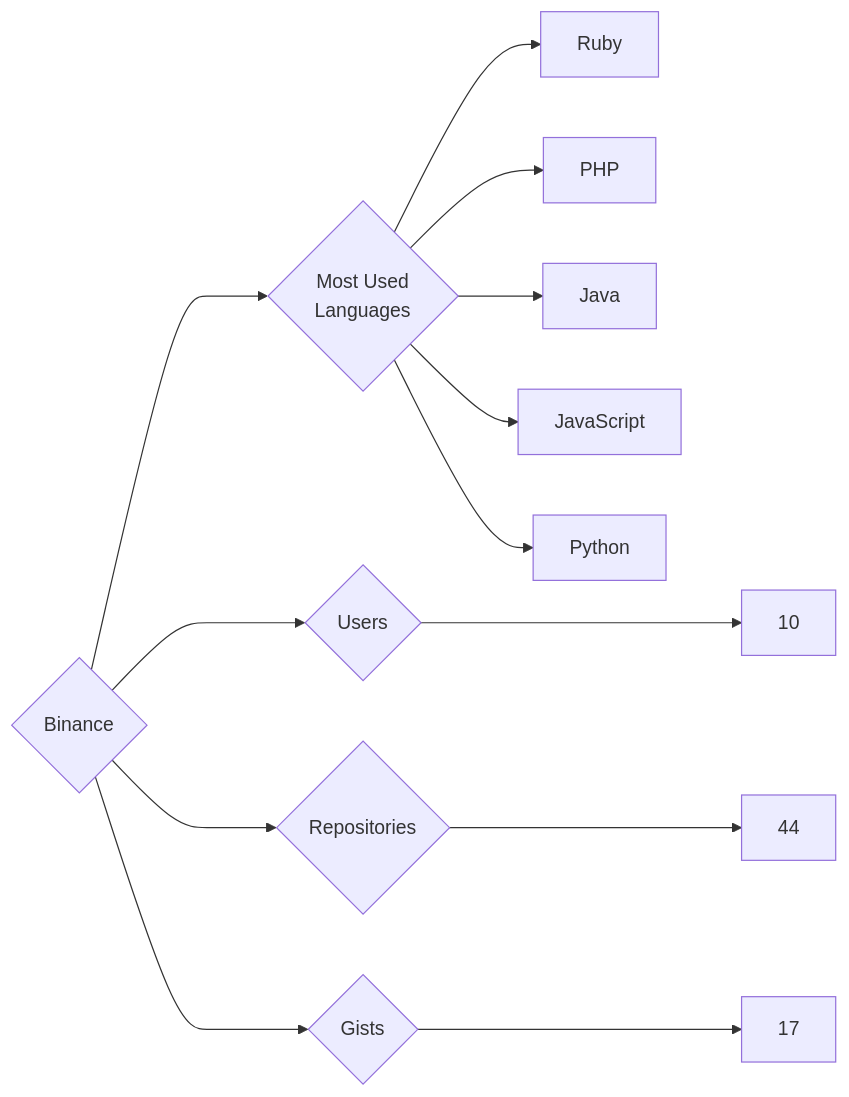
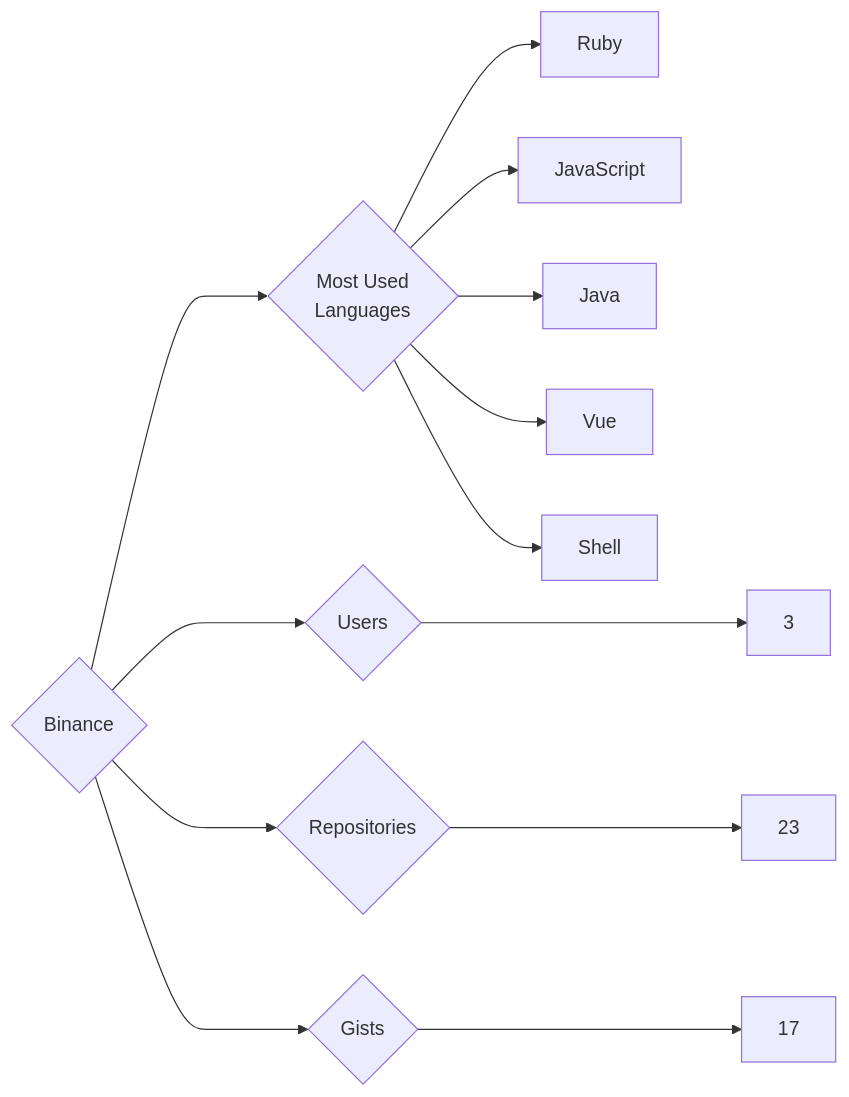
One commit to trickest/insiders changed the diagram in targets/Binance/README.md. Above: the diagram before and after it, drawn with Mermaid. The commit also changed 933 other files, not shown here.

````diff
--- a/targets/Binance/README.md
+++ b/targets/Binance/README.md
@@ -3,13 +3,13 @@
 ```mermaid
 graph LR
 COMPANY_NAME{Binance}
-COMPANY_NAME ---> U{Users} ---> UN[10]
-COMPANY_NAME ---> R{Repositories} ---> RN[44]
+COMPANY_NAME ---> U{Users} ---> UN[3]
+COMPANY_NAME ---> R{Repositories} ---> RN[23]
 COMPANY_NAME ---> G{Gists} ---> GN[17]
 COMPANY_NAME ---> ML{Most Used<br>Languages}
 ML --> Ruby[Ruby]
-ML --> PHP[PHP]
+ML --> JavaScript[JavaScript]
 ML --> Java[Java]
-ML --> JavaScript[JavaScript]
-ML --> Python[Python]
+ML --> Vue[Vue]
+ML --> Shell[Shell]
 ```
````
